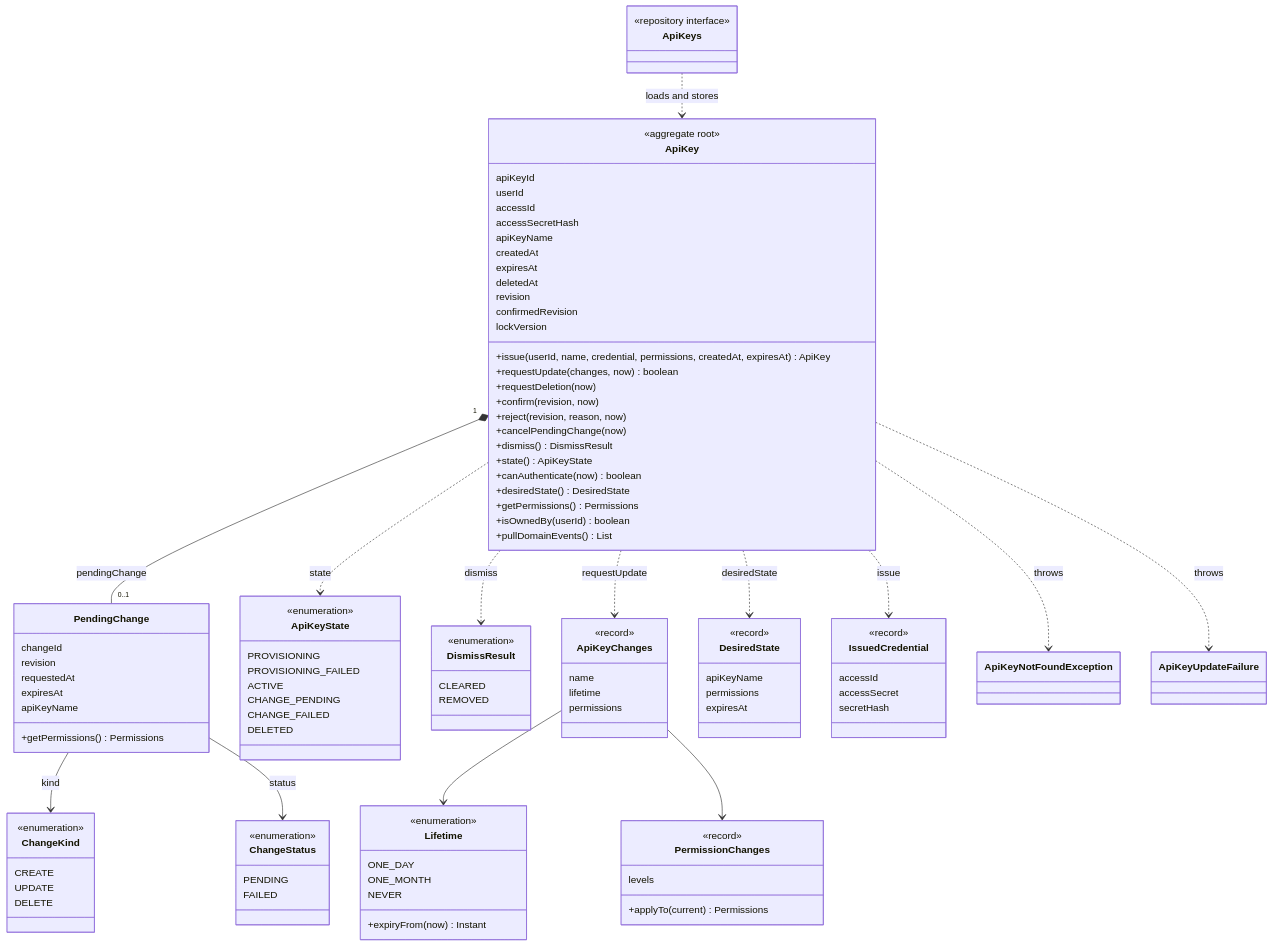
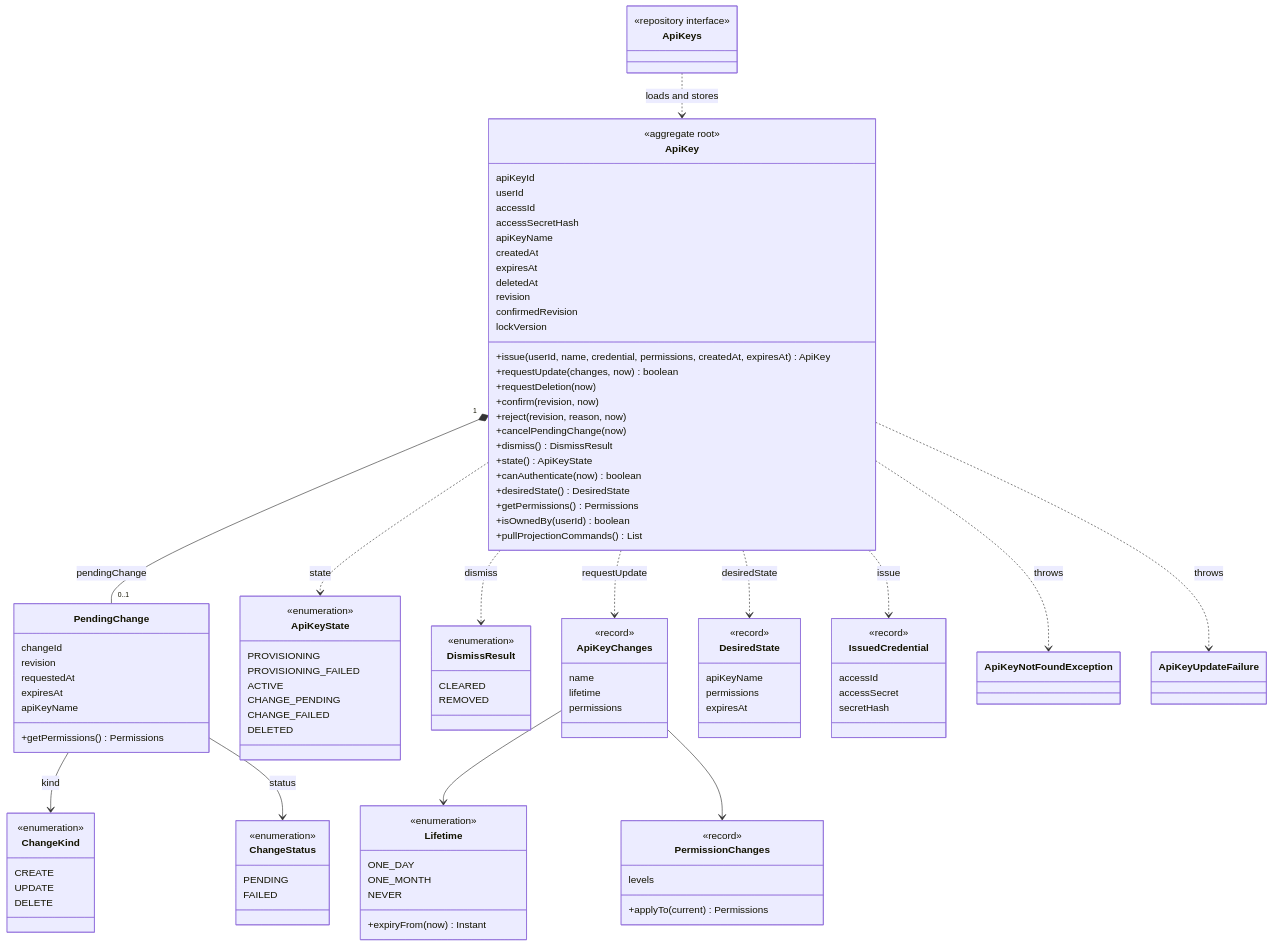
The second of 7 diagrams in docs/access-class-structure.md (Dhiren9939/HQ-Tier0), drawn with Mermaid before and after one commit. The commit also changed other lines of this file and 3 other files, not shown here.

Commit message:
docs: describe outbound projection commands and the serviceId on confirm and reject

```diff
--- a/docs/access-class-structure.md
+++ b/docs/access-class-structure.md
@@ -92,7 +92,7 @@
         +desiredState() DesiredState
         +getPermissions() Permissions
         +isOwnedBy(userId) boolean
-        +pullDomainEvents() List
+        +pullProjectionCommands() List
     }
     class PendingChange {
         changeId
```
